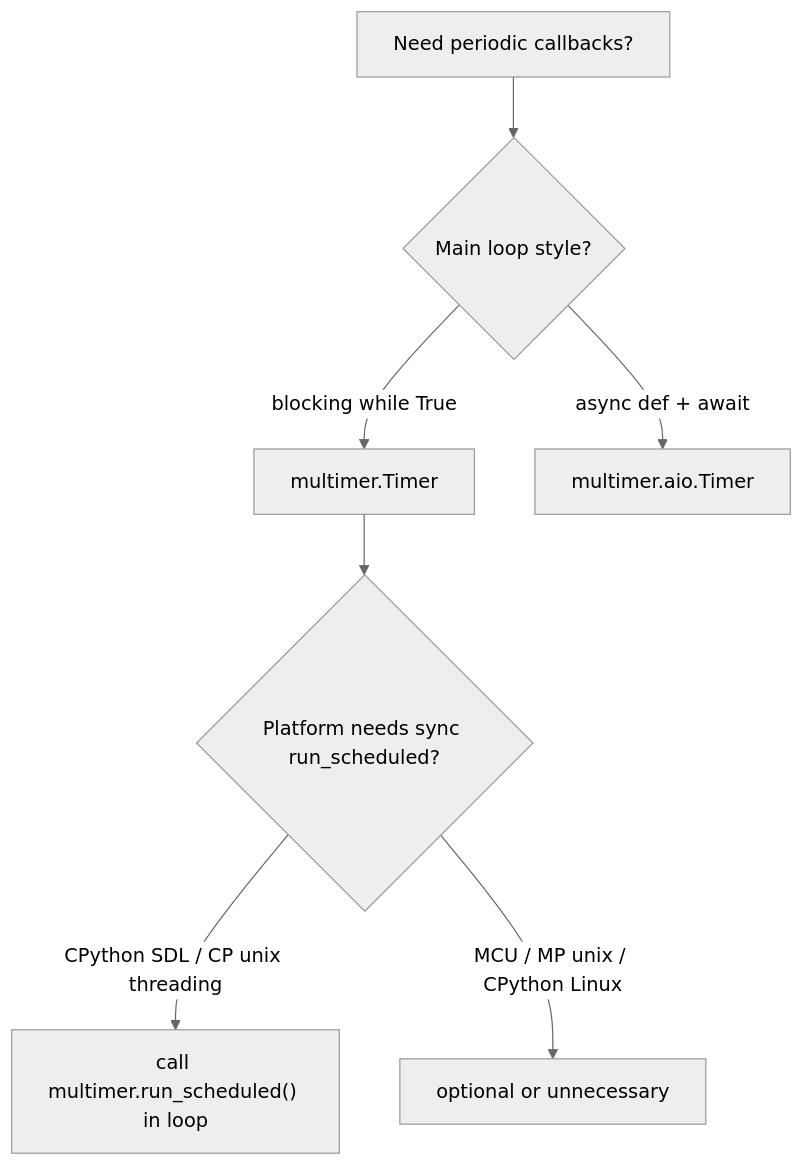
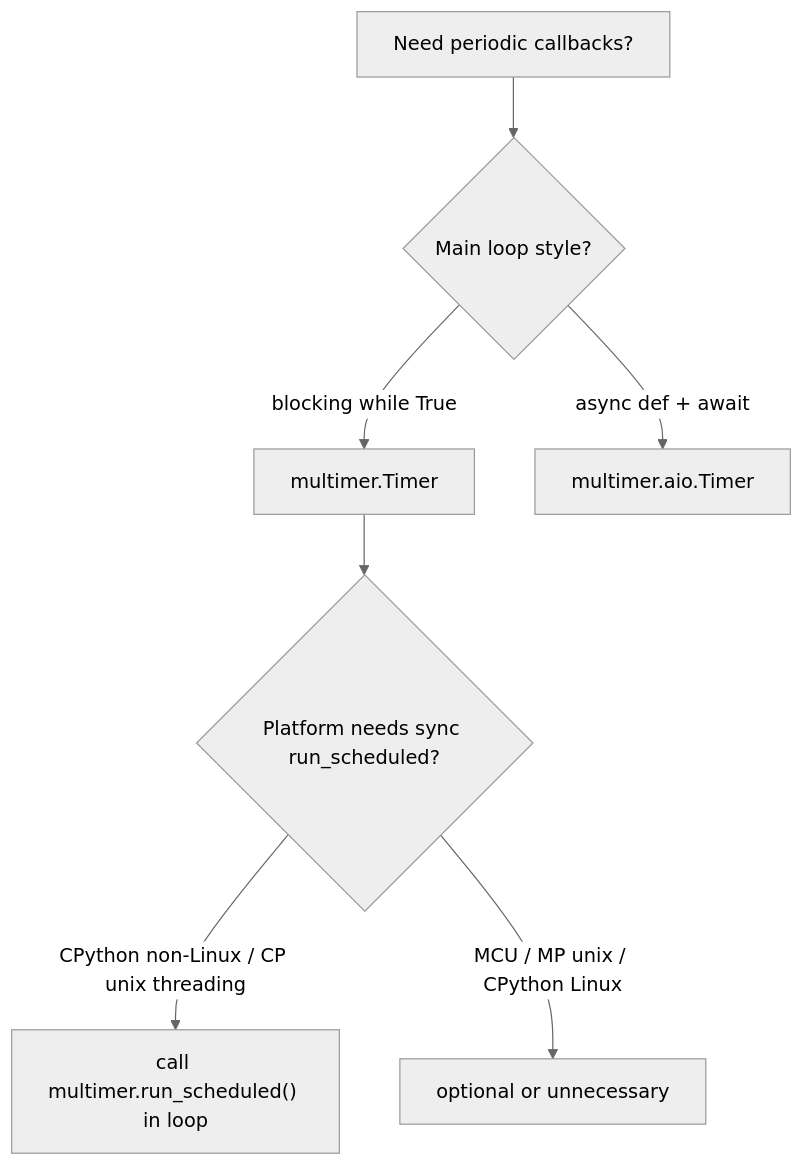
Before and after one commit to PyDevices/pydisplay: the diagram in docs/concepts/multimer.md, drawn with Mermaid (neutral theme). The commit also changed other lines of this file and 10 other files, not shown here.

````diff
--- a/docs/concepts/multimer.md
+++ b/docs/concepts/multimer.md
@@ -181,9 +181,9 @@
 ```mermaid
 flowchart TD
     A[Need periodic callbacks?] --> B{Main loop style?}
     B -->|blocking while True| C["multimer.Timer"]
     B -->|async def + await| D["multimer.aio.Timer"]
     C --> E{Platform needs sync run_scheduled?}
-    E -->|CPython SDL / CP unix threading| F["call multimer.run_scheduled() in loop"]
+    E -->|CPython non-Linux / CP unix threading| F["call multimer.run_scheduled() in loop"]
     E -->|MCU / MP unix / CPython Linux| G["optional or unnecessary"]
 ```
````
